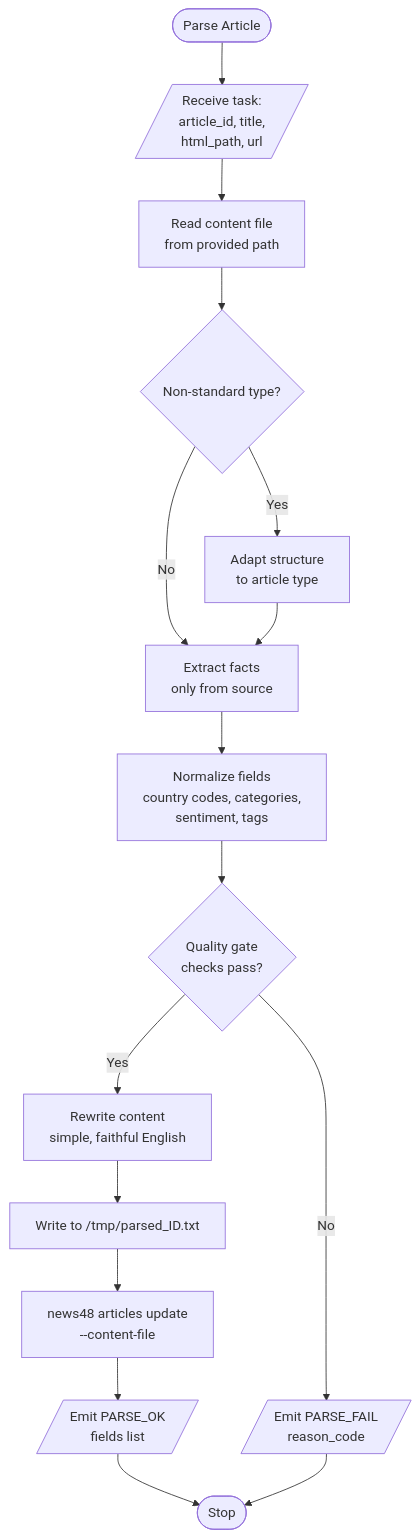
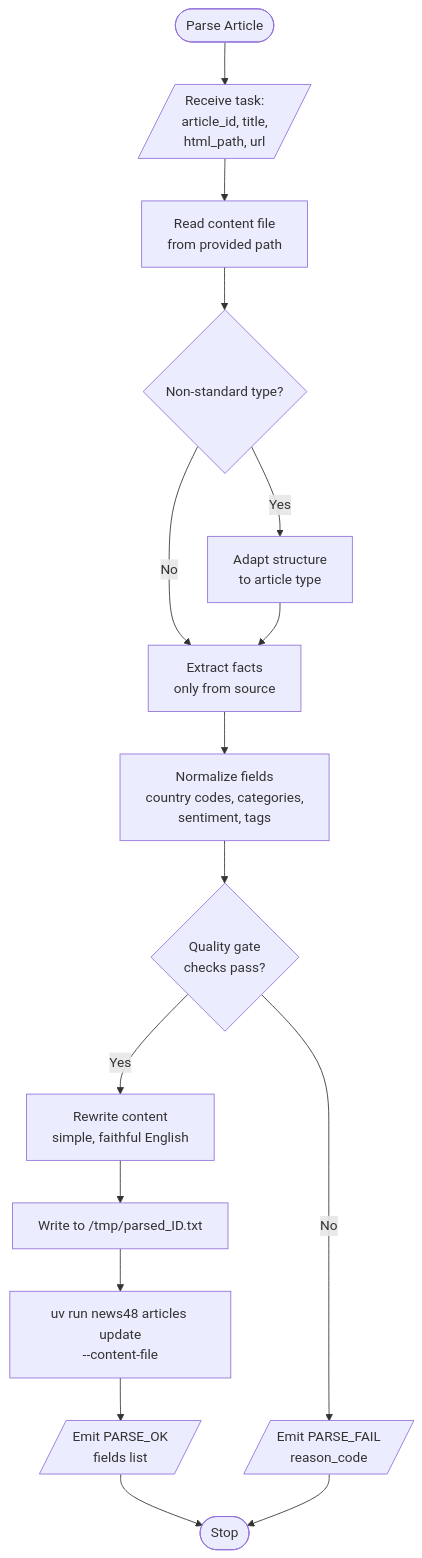
The diagram in agents/skills/parser/business-logic.md (malvavisc0/news48), drawn with Mermaid before and after one commit. The commit also changed other lines of this file and 13 other files, not shown here.

````diff
--- a/agents/skills/parser/business-logic.md
+++ b/agents/skills/parser/business-logic.md
@@ -3,18 +3,18 @@
 ```mermaid
 flowchart TD
     Start([Parse Article]) --> Input[/Receive task:<br/>article_id, title,<br/>html_path, url/]
     Input --> ReadContent[Read content file<br/>from provided path]
     ReadContent --> TypeCheck{Non-standard type?}
     TypeCheck -->|Yes| Adapt[Adapt structure<br/>to article type]
     TypeCheck -->|No| Extract
     Adapt --> Extract[Extract facts<br/>only from source]
     Extract --> Normalize[Normalize fields<br/>country codes, categories,<br/>sentiment, tags]
     Normalize --> QualityGate{Quality gate<br/>checks pass?}
     QualityGate -->|No| Fail[/Emit PARSE_FAIL<br/>reason_code/]
     QualityGate -->|Yes| Rewrite[Rewrite content<br/>simple, faithful English]
     Rewrite --> Stage[Write to /tmp/parsed_ID.txt]
-    Stage --> Update[news48 articles update<br/>--content-file]
+    Stage --> Update[uv run news48 articles update<br/>--content-file]
     Update --> Success[/Emit PARSE_OK<br/>fields list/]
     Success --> Stop([Stop])
     Fail --> Stop
 ```
````
